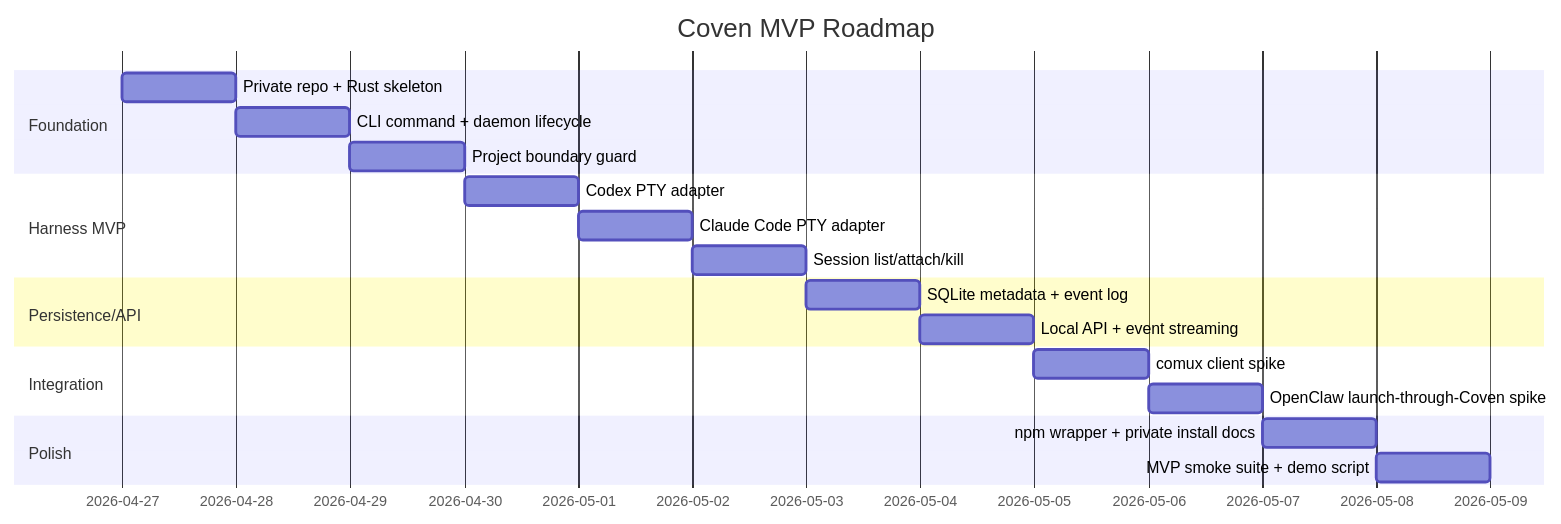
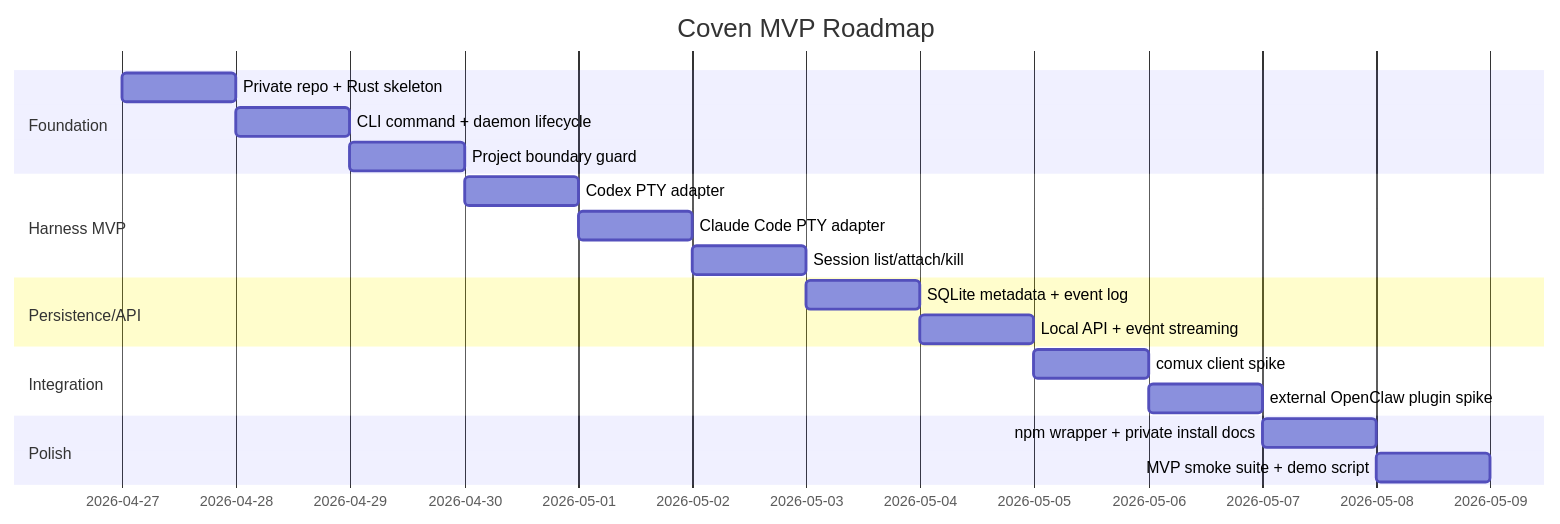
One commit to OpenCoven/coven changed the sixth of 6 diagrams in docs/MVP-PLAN.md. Above: the diagram before and after it, drawn with Mermaid. The commit also changed other lines of this file and 6 other files, not shown here.

Commit message:
docs: clarify external plugin boundary

````diff
--- a/docs/MVP-PLAN.md
+++ b/docs/MVP-PLAN.md
@@ -429,22 +446,22 @@
 ```mermaid
 gantt
   title Coven MVP Roadmap
   dateFormat  YYYY-MM-DD
   section Foundation
   Private repo + Rust skeleton           :a1, 2026-04-27, 1d
   CLI command + daemon lifecycle         :a2, after a1, 1d
   Project boundary guard                 :a3, after a2, 1d
   section Harness MVP
   Codex PTY adapter                      :b1, after a3, 1d
   Claude Code PTY adapter                :b2, after b1, 1d
   Session list/attach/kill               :b3, after b2, 1d
   section Persistence/API
   SQLite metadata + event log            :c1, after b3, 1d
   Local API + event streaming            :c2, after c1, 1d
   section Integration
   comux client spike                     :d1, after c2, 1d
-  OpenClaw launch-through-Coven spike    :d2, after d1, 1d
+  external OpenClaw plugin spike         :d2, after d1, 1d
   section Polish
   npm wrapper + private install docs     :e1, after d2, 1d
   MVP smoke suite + demo script          :e2, after e1, 1d
 ```
````
